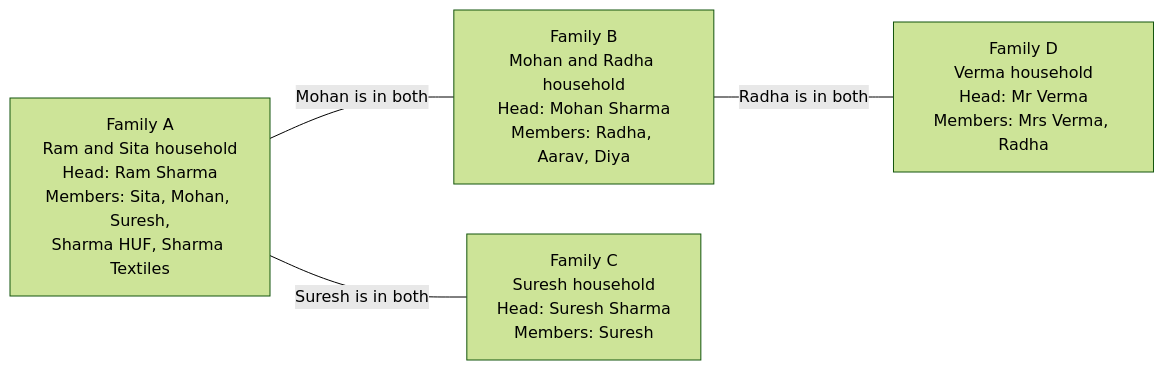
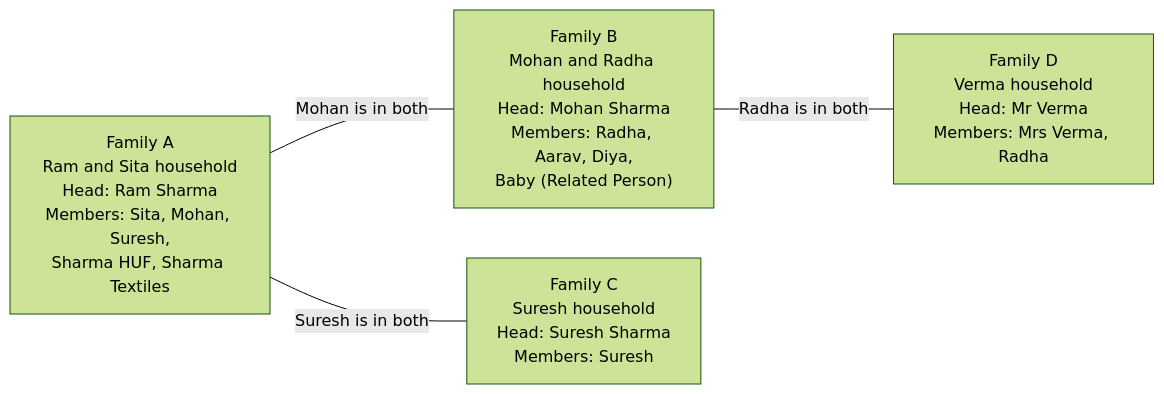
One commit to knapsfs/dhanada changed the first of 2 diagrams in docs/05-examples/sharma-family.md. Above: the diagram before and after it, drawn with Mermaid (forest theme). The commit also changed other lines of this file and 35 other files, not shown here.

````diff
--- a/docs/05-examples/sharma-family.md
+++ b/docs/05-examples/sharma-family.md
@@ -61,11 +63,11 @@
 ```mermaid
 flowchart LR
     FA["Family A<br/>Ram and Sita household<br/>Head: Ram Sharma<br/>Members: Sita, Mohan, Suresh,<br/>Sharma HUF, Sharma Textiles"]
-    FB["Family B<br/>Mohan and Radha household<br/>Head: Mohan Sharma<br/>Members: Radha, Aarav, Diya"]
+    FB["Family B<br/>Mohan and Radha household<br/>Head: Mohan Sharma<br/>Members: Radha, Aarav, Diya,<br/>Baby (Related Person)"]
     FC["Family C<br/>Suresh household<br/>Head: Suresh Sharma<br/>Members: Suresh"]
     FD["Family D<br/>Verma household<br/>Head: Mr Verma<br/>Members: Mrs Verma, Radha"]
 
     FA ---|Mohan is in both| FB
     FA ---|Suresh is in both| FC
     FB ---|Radha is in both| FD
 ```
````
